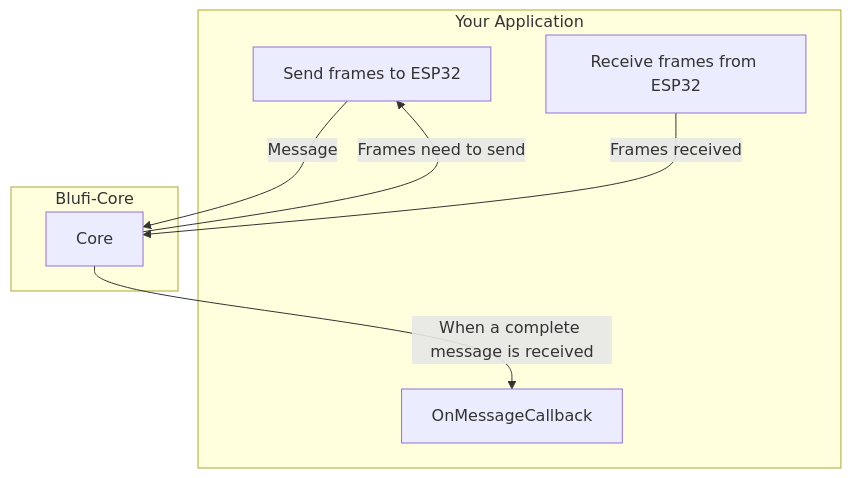
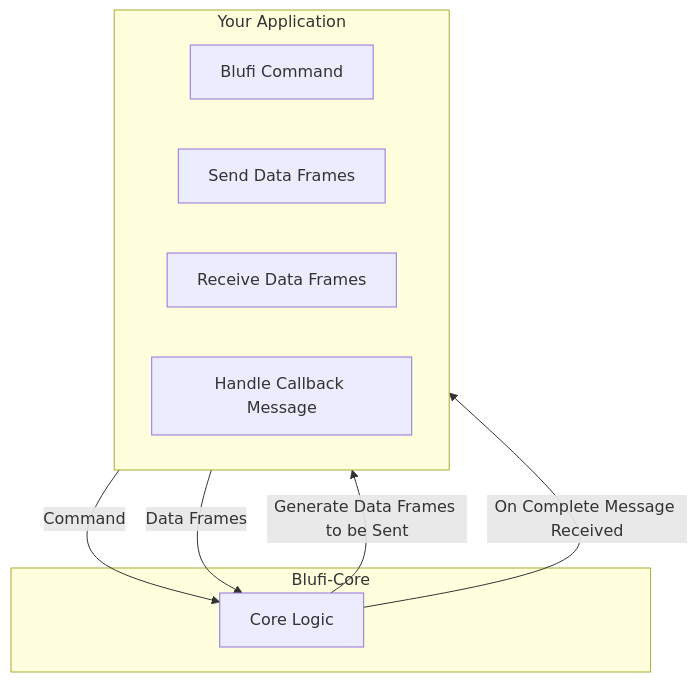
Before and after one commit to Gdszzy/blufi-core: the diagram in readme.md, drawn with Mermaid. The commit also changed other lines of this file and 1 other file, not shown here.

Commit message:
Update readme and add Core.kt

````diff
--- a/readme.md
+++ b/readme.md
@@ -12,17 +20,19 @@
 ```mermaid
 graph TD
     subgraph Your Application
-        A1[Send frames to ESP32]
-        A2[Receive frames from ESP32]
-        A3[OnMessageCallback]
+        direction LR
+        A1[Blufi Command]
+        A2[Send Data Frames]
+        A3[Receive Data Frames]
+        A4[Handle Callback Message]
     end
 
     subgraph Blufi-Core
-        C[Core]
+        C[Core Logic]
     end
 
-    A1 -->|Message| C
-    C  -->|Frames need to send|A1
-    A2 -->|Frames received| C
-    C -->|When a complete message is received| A3
+    A1 --> |Command| C
+    C  --> |Generate Data Frames to be Sent| A2
+    A3 --> |Data Frames| C
+    C --> |On Complete Message Received| A4
 ```
````
